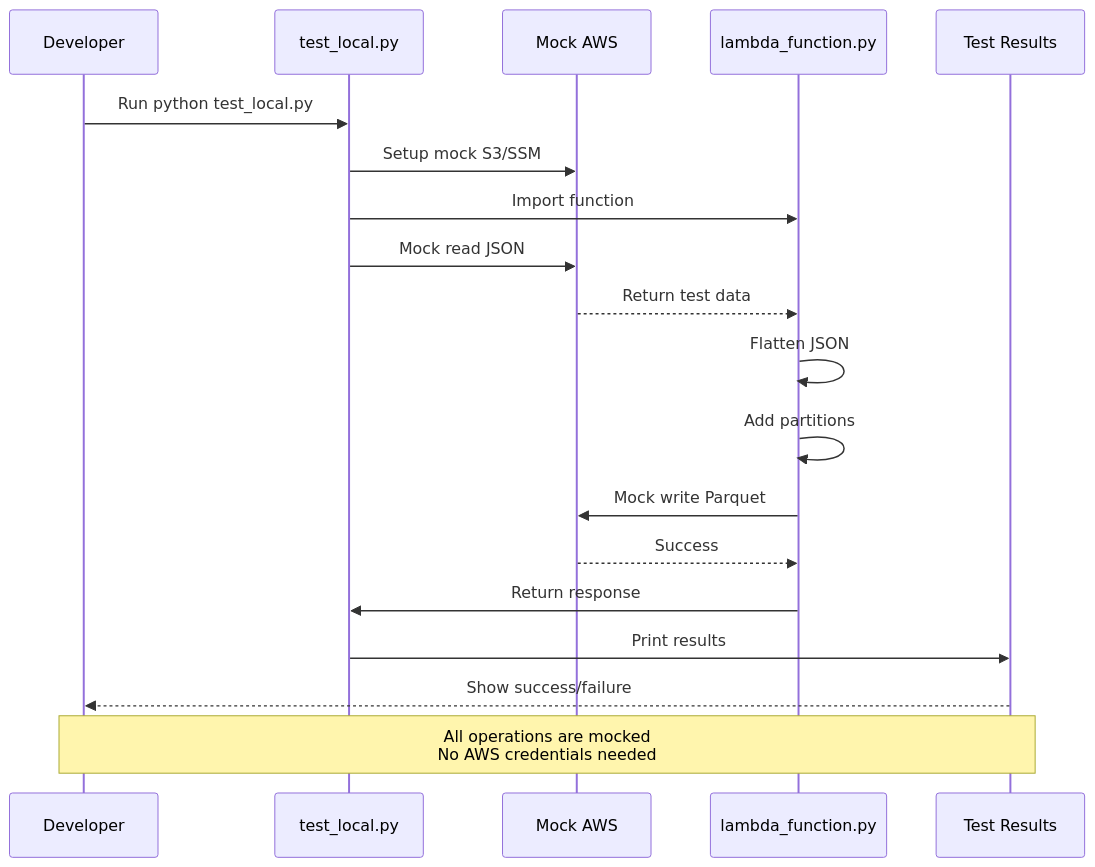
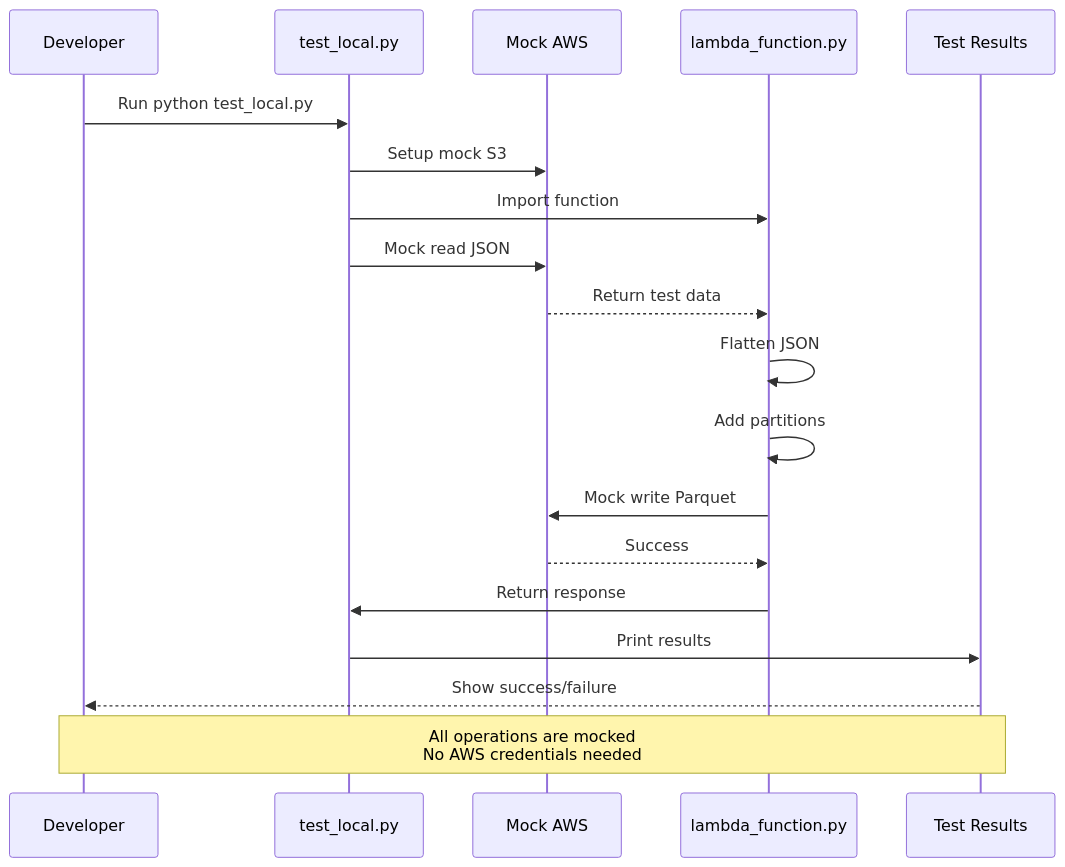
Diagram 19 of 19 in docs/DIAGRAMS.md (manifullstackdeveloper/aws_s3_parquet_athena_lambda), drawn with Mermaid before and after one commit. The commit also changed other lines of this file and 27 other files, not shown here.

````diff
--- a/docs/DIAGRAMS.md
+++ b/docs/DIAGRAMS.md
@@ -808,23 +804,23 @@
 ```mermaid
 sequenceDiagram
     participant Dev as Developer
     participant Local as test_local.py
     participant Mock as Mock AWS
     participant Lambda as lambda_function.py
     participant Output as Test Results
     
     Dev->>Local: Run python test_local.py
-    Local->>Mock: Setup mock S3/SSM
+    Local->>Mock: Setup mock S3
     Local->>Lambda: Import function
     Local->>Mock: Mock read JSON
     Mock-->>Lambda: Return test data
     Lambda->>Lambda: Flatten JSON
     Lambda->>Lambda: Add partitions
     Lambda->>Mock: Mock write Parquet
     Mock-->>Lambda: Success
     Lambda->>Local: Return response
     Local->>Output: Print results
     Output-->>Dev: Show success/failure
     
     Note over Dev,Output: All operations are mocked<br/>No AWS credentials needed
 ```
````
